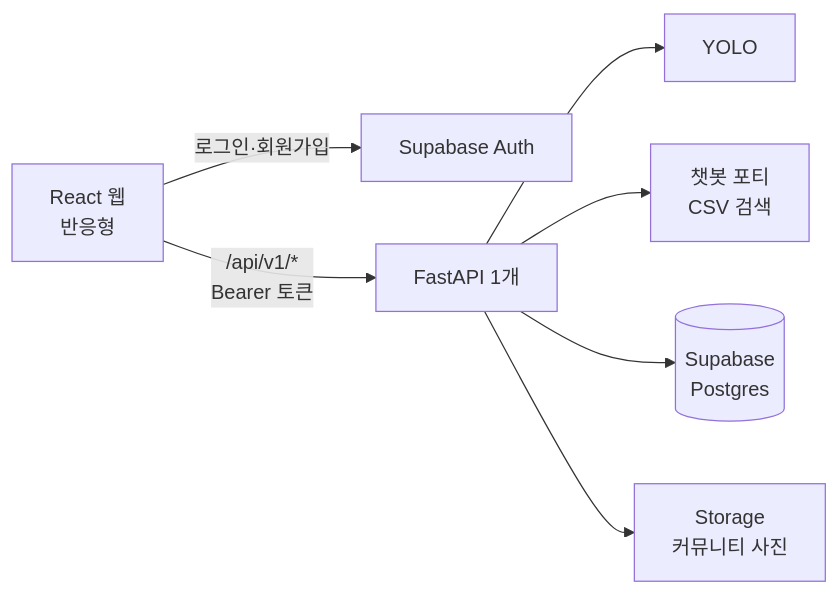
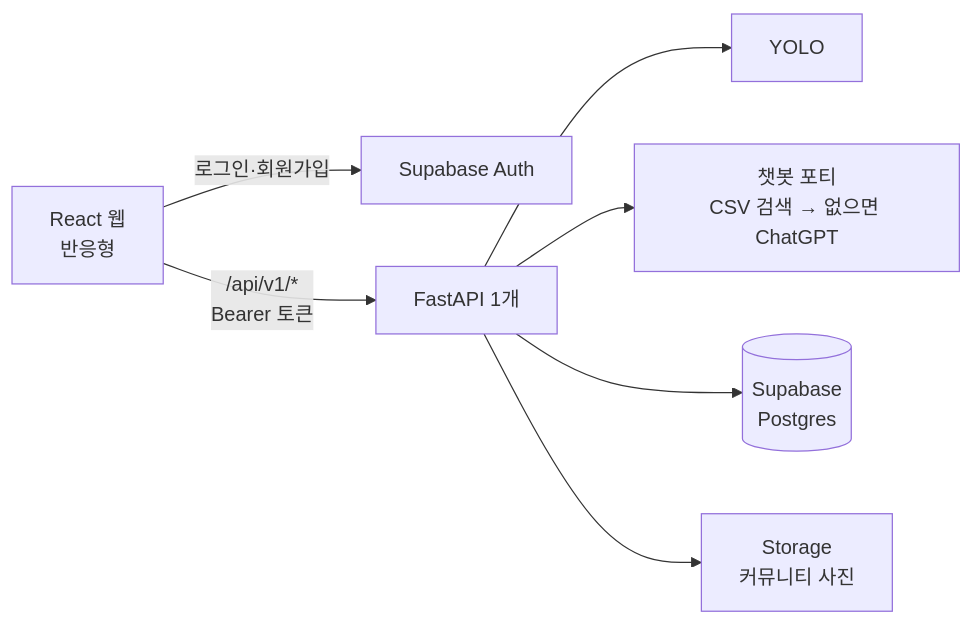
The first of 3 diagrams in docs/api-spec.md (sillery1962-eng/repick), drawn with Mermaid before and after one commit. The commit also changed other lines of this file and 1 other file, not shown here.

Commit message:
docs: 챗봇 포티 CSV에 없는 질문은 ChatGPT (PR #49 반영, api-spec v0.5.15)

````diff
--- a/docs/api-spec.md
+++ b/docs/api-spec.md
@@ -28,9 +28,9 @@
 ```mermaid
 flowchart LR
   W[React 웹<br>반응형] -->|로그인·회원가입| SA[Supabase Auth]
   W -->|/api/v1/*<br>Bearer 토큰| API[FastAPI 1개]
   API --> Y[YOLO]
-  API --> C[챗봇 포티<br>CSV 검색]
+  API --> C[챗봇 포티<br>CSV 검색 → 없으면 ChatGPT]
   API --> DB[(Supabase<br>Postgres)]
   API --> ST[Storage<br>커뮤니티 사진]
 ```
````
